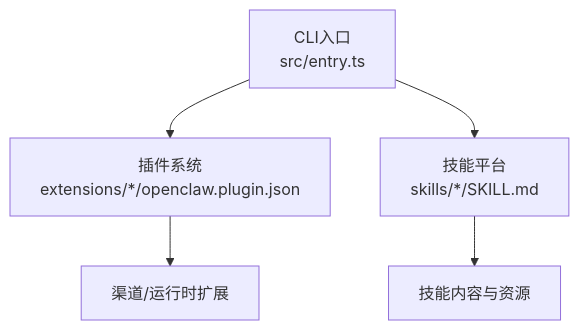
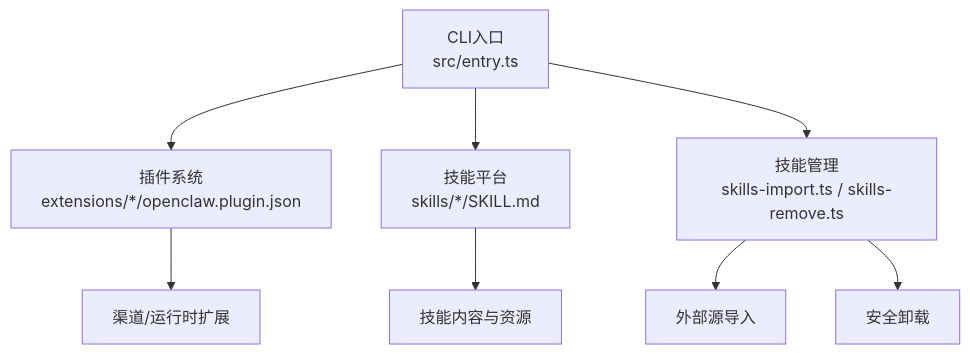
One commit to verse-ai-org/openclaw changed the first of 9 diagrams in .qoder/repowiki/zh/content/Web界面/技能平台.md. Above: the diagram before and after it, drawn with Mermaid. The commit also changed other lines of this file and 33 other files, not shown here.

````diff
--- a/.qoder/repowiki/zh/content/Web界面/技能平台.md
+++ b/.qoder/repowiki/zh/content/Web界面/技能平台.md
@@ -39,7 +58,10 @@
 ```mermaid
 graph TB
 A["CLI入口<br/>src/entry.ts"] --> B["插件系统<br/>extensions/*/openclaw.plugin.json"]
 A --> C["技能平台<br/>skills/*/SKILL.md"]
-B --> D["渠道/运行时扩展"]
-C --> E["技能内容与资源"]
+A --> D["技能管理<br/>skills-import.ts / skills-remove.ts"]
+B --> E["渠道/运行时扩展"]
+C --> F["技能内容与资源"]
+D --> G["外部源导入"]
+D --> H["安全卸载"]
 ```
````
